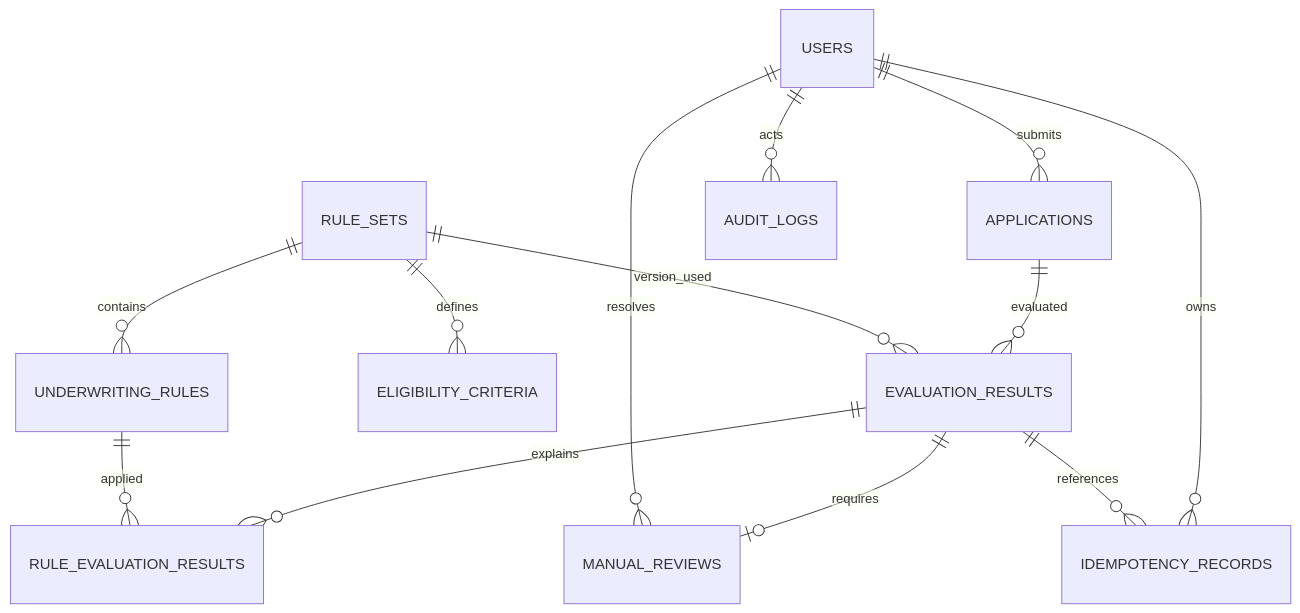
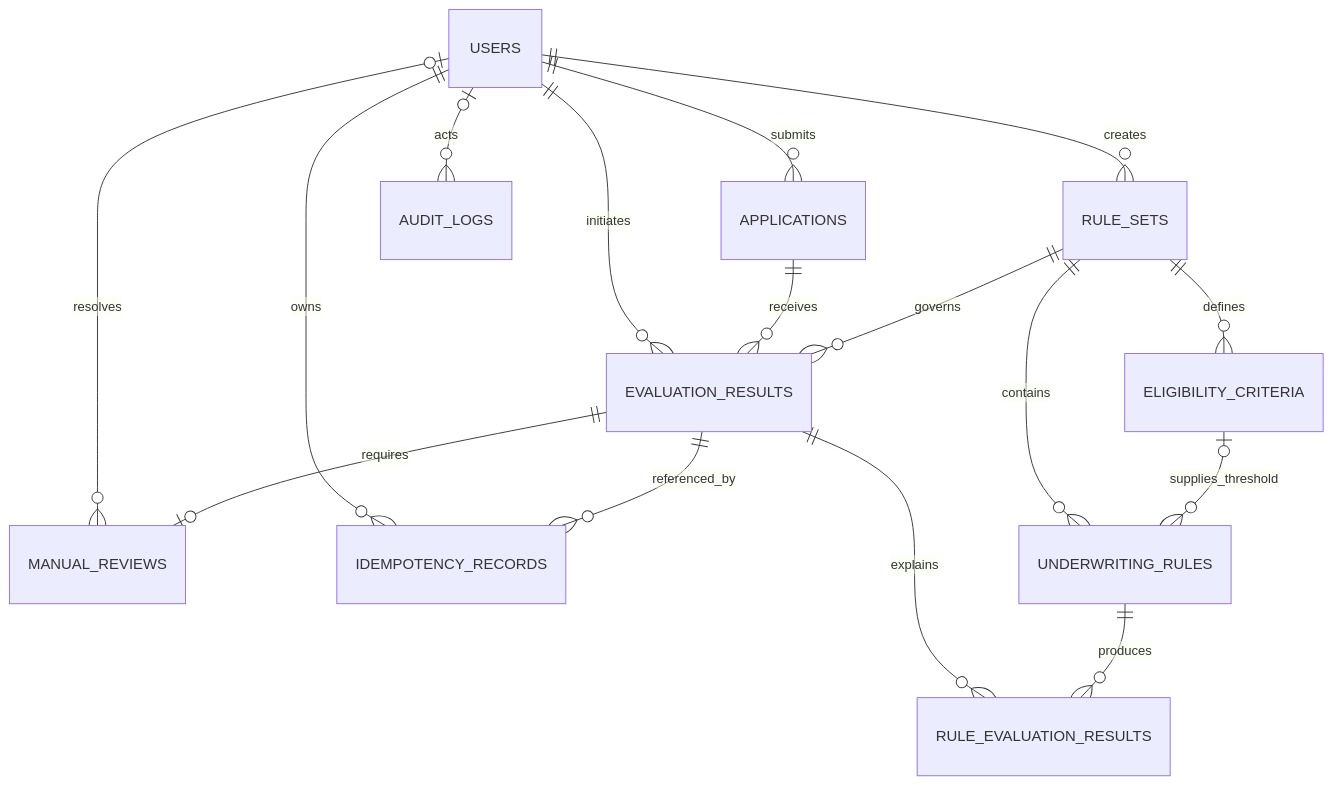
The diagram in docs/database-design.md (CharleSs0933/Underwriting-Decision-Engine), drawn with Mermaid before and after one commit. The commit also changed other lines of this file, not shown here.

Commit message:
docs(db): design underwriting database schema

````diff
--- a/docs/database-design.md
+++ b/docs/database-design.md
@@ -5,15 +50,21 @@
 ```mermaid
 erDiagram
-  USERS ||--o{ APPLICATIONS : submits
-  RULE_SETS ||--o{ UNDERWRITING_RULES : contains
-  RULE_SETS ||--o{ ELIGIBILITY_CRITERIA : defines
-  APPLICATIONS ||--o{ EVALUATION_RESULTS : evaluated
-  RULE_SETS ||--o{ EVALUATION_RESULTS : version_used
-  EVALUATION_RESULTS ||--o{ RULE_EVALUATION_RESULTS : explains
-  UNDERWRITING_RULES ||--o{ RULE_EVALUATION_RESULTS : applied
-  EVALUATION_RESULTS ||--o| MANUAL_REVIEWS : requires
-  USERS ||--o{ MANUAL_REVIEWS : resolves
-  USERS ||--o{ AUDIT_LOGS : acts
-  USERS ||--o{ IDEMPOTENCY_RECORDS : owns
-  EVALUATION_RESULTS ||--o{ IDEMPOTENCY_RECORDS : references
+    USERS ||--o{ APPLICATIONS : submits
+    USERS ||--o{ RULE_SETS : creates
+    USERS ||--o{ EVALUATION_RESULTS : initiates
+    USERS o|--o{ MANUAL_REVIEWS : resolves
+    USERS o|--o{ AUDIT_LOGS : acts
+    USERS ||--o{ IDEMPOTENCY_RECORDS : owns
+
+    RULE_SETS ||--o{ ELIGIBILITY_CRITERIA : defines
+    RULE_SETS ||--o{ UNDERWRITING_RULES : contains
+    ELIGIBILITY_CRITERIA o|--o{ UNDERWRITING_RULES : supplies_threshold
+
+    APPLICATIONS ||--o{ EVALUATION_RESULTS : receives
+    RULE_SETS ||--o{ EVALUATION_RESULTS : governs
+    EVALUATION_RESULTS ||--o{ RULE_EVALUATION_RESULTS : explains
+    UNDERWRITING_RULES ||--o{ RULE_EVALUATION_RESULTS : produces
+
+    EVALUATION_RESULTS ||--o| MANUAL_REVIEWS : requires
+    EVALUATION_RESULTS ||--o{ IDEMPOTENCY_RECORDS : referenced_by
 ```
````
